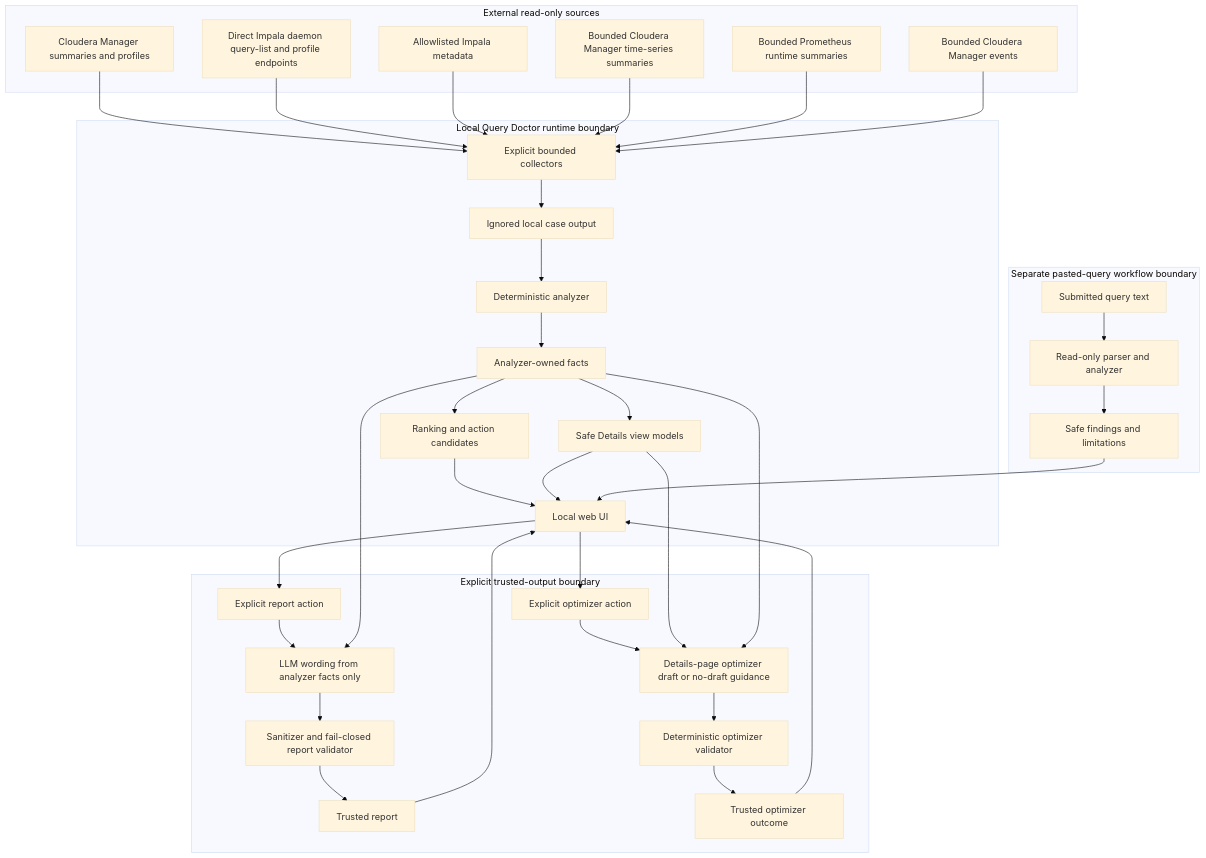
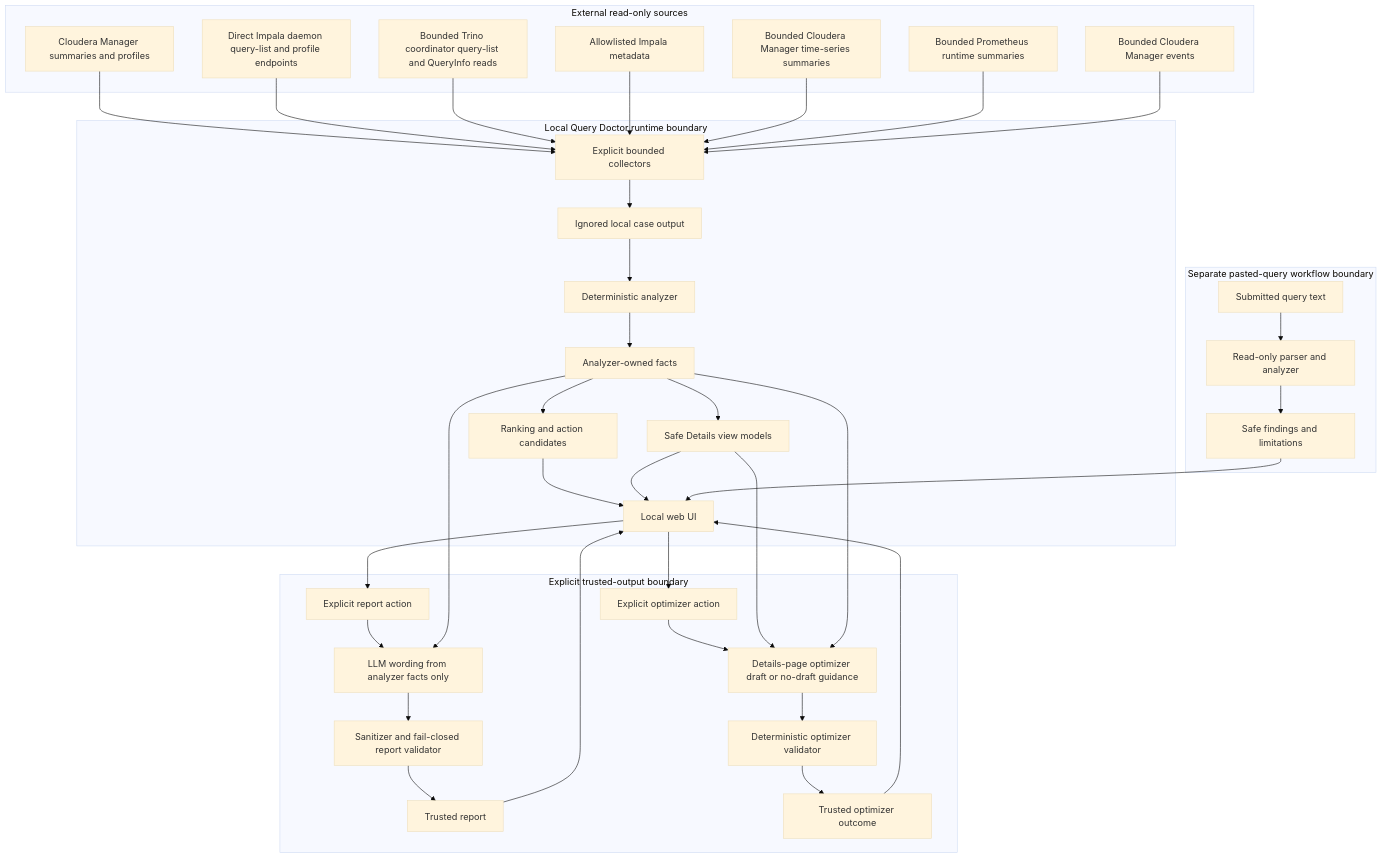
One commit to alexandrefimov/Query-Doctor changed the first of 3 diagrams in docs/architecture.md. Above: the diagram before and after it, drawn with Mermaid (base theme). The commit also changed other lines of this file and 11 other files, not shown here.

Commit message:
Refresh architecture and safety docs

````diff
--- a/docs/architecture.md
+++ b/docs/architecture.md
@@ -23,68 +22,70 @@
 ```mermaid
 flowchart TD
     subgraph External["External read-only sources"]
         CM[Cloudera Manager summaries and profiles]
         ImpalaDaemon[Direct Impala daemon query-list and profile endpoints]
+        TrinoCoordinator[Bounded Trino coordinator query-list and QueryInfo reads]
         ImpalaMeta[Allowlisted Impala metadata]
         CMMetrics[Bounded Cloudera Manager time-series summaries]
         PromMetrics[Bounded Prometheus runtime summaries]
         CMEvents[Bounded Cloudera Manager events]
     end
 
     subgraph Local["Local Query Doctor runtime boundary"]
         Collector[Explicit bounded collectors]
         CaseStore[Ignored local case output]
         Analyzer[Deterministic analyzer]
         Facts[Analyzer-owned facts]
         Ranking[Ranking and action candidates]
         Details[Safe Details view models]
         WebUI[Local web UI]
     end
 
     subgraph Trust["Explicit trusted-output boundary"]
         ReportAction[Explicit report action]
         ReportWriter[LLM wording from analyzer facts only]
         ReportValidator[Sanitizer and fail-closed report validator]
         TrustedReport[Trusted report]
         OptimizerAction[Explicit optimizer action]
         OptimizerDraft[Details-page optimizer draft or no-draft guidance]
         OptimizerValidator[Deterministic optimizer validator]
         TrustedOptimizer[Trusted optimizer outcome]
     end
 
     subgraph Pasted["Separate pasted-query workflow boundary"]
         PastedInput[Submitted query text]
         QueryParser[Read-only parser and analyzer]
         QueryFindings[Safe findings and limitations]
     end
 
     CM --> Collector
     ImpalaDaemon --> Collector
+    TrinoCoordinator --> Collector
     ImpalaMeta --> Collector
     CMMetrics --> Collector
     PromMetrics --> Collector
     CMEvents --> Collector
     Collector --> CaseStore
     CaseStore --> Analyzer
     Analyzer --> Facts
     Facts --> Ranking
     Ranking --> WebUI
     Facts --> Details
     Details --> WebUI
     WebUI --> ReportAction
     ReportAction --> ReportWriter
     Facts --> ReportWriter
     ReportWriter --> ReportValidator
     ReportValidator --> TrustedReport
     TrustedReport --> WebUI
     WebUI --> OptimizerAction
     OptimizerAction --> OptimizerDraft
     Details --> OptimizerDraft
     Facts --> OptimizerDraft
     OptimizerDraft --> OptimizerValidator
     OptimizerValidator --> TrustedOptimizer
     TrustedOptimizer --> WebUI
     PastedInput --> QueryParser
     QueryParser --> QueryFindings
     QueryFindings --> WebUI
 ```
````
